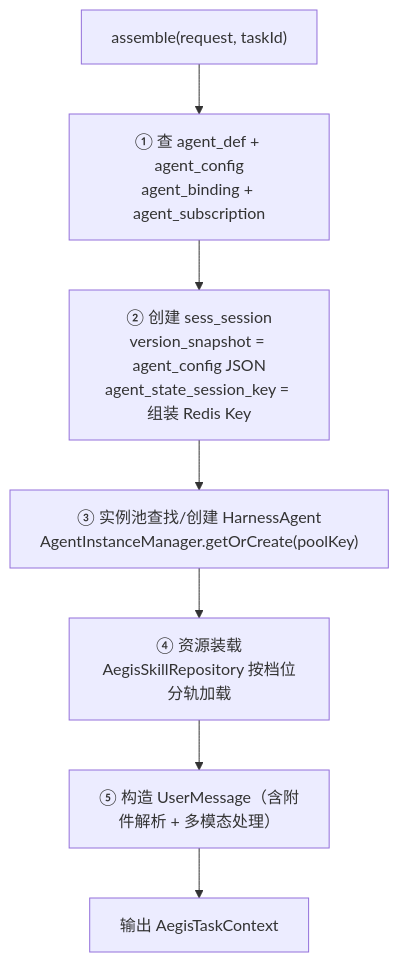
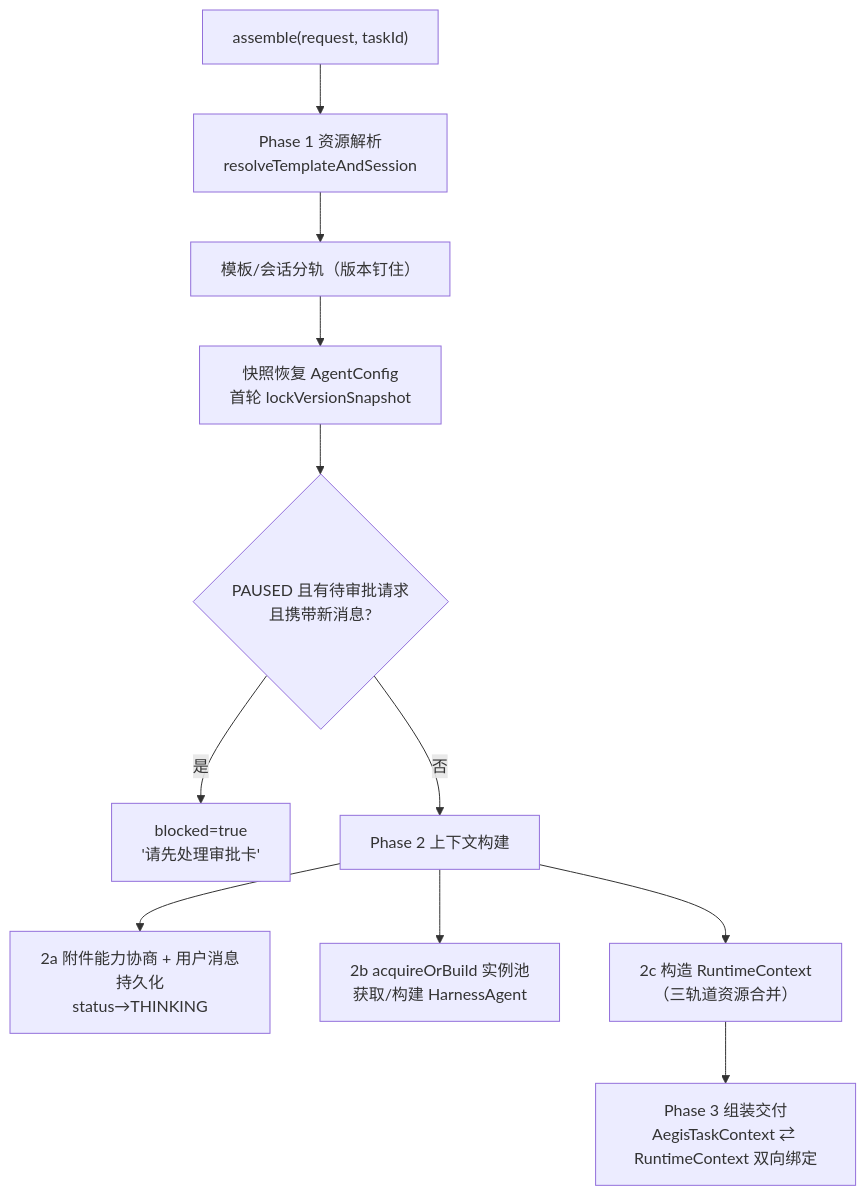
One commit to HarnessAgentStack/AegisAgent changed the second of 11 diagrams in docs/runtime-execution-flow.md. Above: the diagram before and after it, drawn with Mermaid. The commit also changed other lines of this file and 1 other file, not shown here.

````diff
--- a/docs/runtime-execution-flow.md
+++ b/docs/runtime-execution-flow.md
@@ -93,9 +102,13 @@
 ```mermaid
 flowchart TD
-    A["assemble(request, taskId)"] --> B["① 查 agent_def + agent_config<br/>agent_binding + agent_subscription"]
-    B --> C["② 创建 sess_session<br/>version_snapshot = agent_config JSON<br/>agent_state_session_key = 组装 Redis Key"]
-    C --> D["③ 实例池查找/创建 HarnessAgent<br/>AgentInstanceManager.getOrCreate(poolKey)"]
-    D --> E["④ 资源装载<br/>AegisSkillRepository 按档位分轨加载"]
-    E --> F["⑤ 构造 UserMessage（含附件解析 + 多模态处理）"]
-    F --> G["输出 AegisTaskContext"]
+    A["assemble(request, taskId)"] --> P1["Phase 1 资源解析<br/>resolveTemplateAndSession"]
+    P1 --> P1a["模板/会话分轨（版本钉住）"]
+    P1a --> P1b["快照恢复 AgentConfig<br/>首轮 lockVersionSnapshot"]
+    P1b --> HITL{"PAUSED 且有待审批请求<br/>且携带新消息?"}
+    HITL -->|是| BLK["blocked=true<br/>'请先处理审批卡'"]
+    HITL -->|否| P2["Phase 2 上下文构建"]
+    P2 --> P2a["2a 附件能力协商 + 用户消息持久化<br/>status→THINKING"]
+    P2 --> P2b["2b acquireOrBuild 实例池<br/>获取/构建 HarnessAgent"]
+    P2 --> P2c["2c 构造 RuntimeContext<br/>（三轨道资源合并）"]
+    P2c --> P3["Phase 3 组装交付<br/>AegisTaskContext ⇄ RuntimeContext 双向绑定"]
 ```
````
